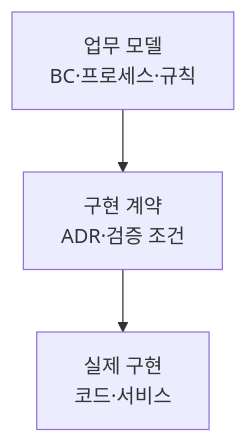
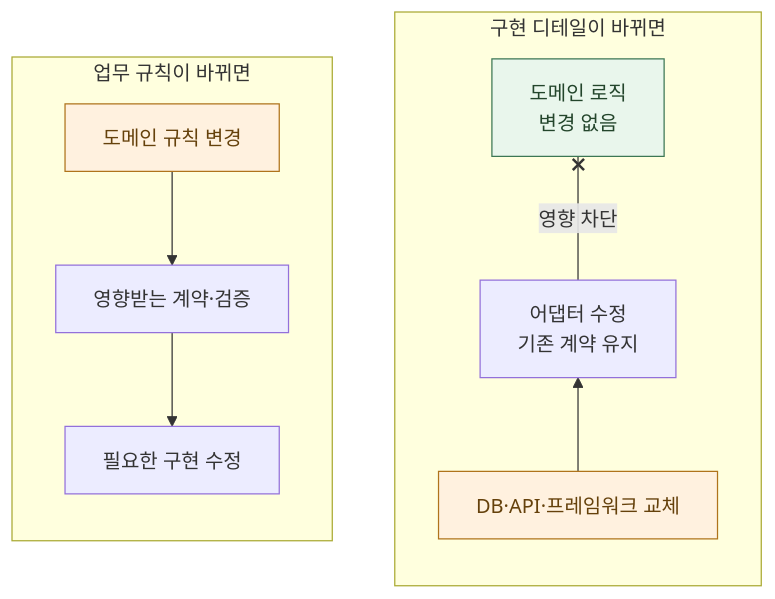
The fifth of 7 diagrams in _posts/2026-11-05-enterprise-wide-ax-essentials.md (haandol/haandol.github.com), drawn with Mermaid before and after one commit. The commit also changed other lines of this file and 1 other file, not shown here.

Commit message:
docs: illustrate change boundaries that protect domain logic

````diff
--- a/_posts/2026-11-05-enterprise-wide-ax-essentials.md
+++ b/_posts/2026-11-05-enterprise-wide-ax-essentials.md
@@ -219,5 +223,18 @@
 ```mermaid
-flowchart TB
-  M["업무 모델<br/>BC·프로세스·규칙"] --> A["구현 계약<br/>ADR·검증 조건"]
-  A --> C["실제 구현<br/>코드·서비스"]
+flowchart LR
+  subgraph B["업무 규칙이 바뀌면"]
+    direction TB
+    B1["도메인 규칙 변경"] --> B2["영향받는 계약·검증"]
+    B2 --> B3["필요한 구현 수정"]
+  end
+  subgraph T["구현 디테일이 바뀌면"]
+    direction BT
+    T1["DB·API·프레임워크 교체"] --> T2["어댑터 수정<br/>기존 계약 유지"]
+    T2 --x|"영향 차단"| T3["도메인 로직<br/>변경 없음"]
+  end
+  B ~~~ T
+  classDef changed fill:#fff1df,stroke:#af731b,color:#65410b
+  classDef stable fill:#e9f6ec,stroke:#3c7754,color:#23452b
+  class B1,T1 changed
+  class T3 stable
 ```
````
